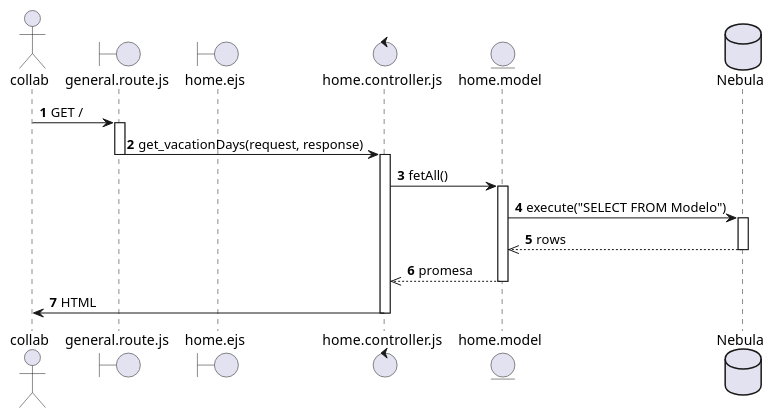
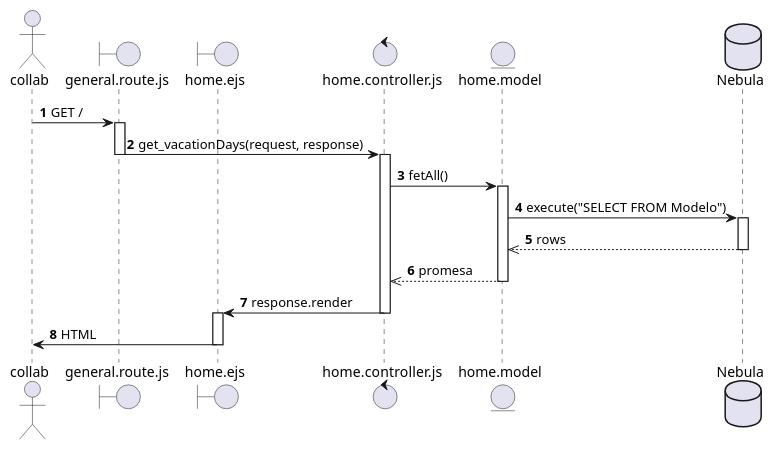
Before and after one commit to SALV19/Nebula_tc2005b: the diagram in diagramas_secuencia/collab_consults_vacationDays.puml, drawn with PlantUML.

Commit message:
[UPDATE] REQ-19 Sequence Diagram

```diff
--- a/diagramas_secuencia/collab_consults_vacationDays.puml
+++ b/diagramas_secuencia/collab_consults_vacationDays.puml
@@ -1,35 +1,36 @@
 @startuml REQ-29
 autonumber
 actor collab
 boundary general.route.js as homeRoute
 boundary home.ejs as homeView
 control home.controller.js as homeController
 entity home.model as homeModel
 database Nebula as nebula
 
 collab -> homeRoute : GET /
 activate homeRoute
 
 homeRoute -> homeController: get_vacationDays(request, response)
 deactivate homeRoute
 activate homeController
 
 homeController -> homeModel: fetAll()
 activate homeModel
 
 homeModel -> nebula: execute("SELECT FROM Modelo")
 activate nebula
 
 nebula -->> homeModel: rows
 deactivate nebula
 
-
 homeModel -->> homeController: promesa
 deactivate homeModel
 
-homeController -> collab: HTML
+homeController -> homeView: response.render
 deactivate homeController
+activate homeView
 
-
+homeView -> collab: HTML
+deactivate homeView
 
 @enduml
```
